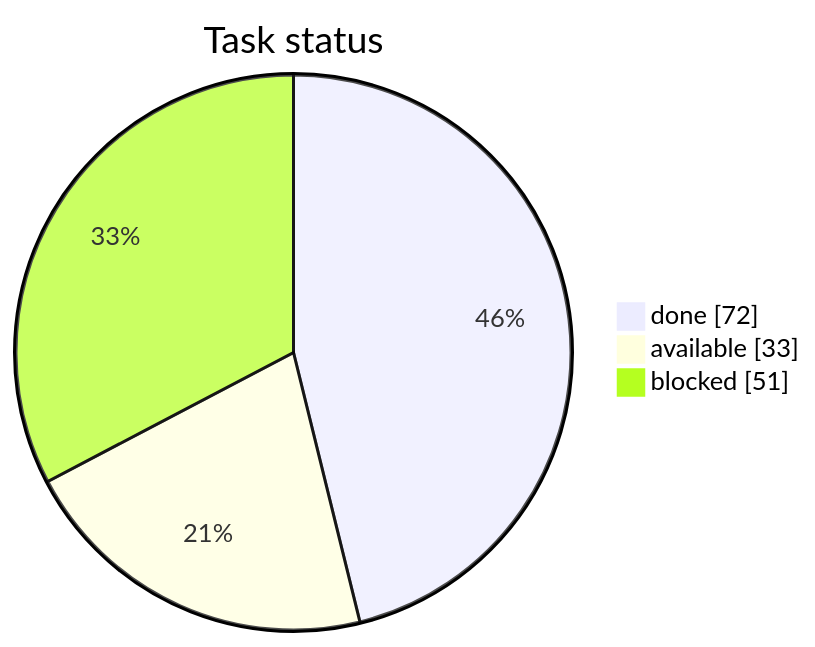
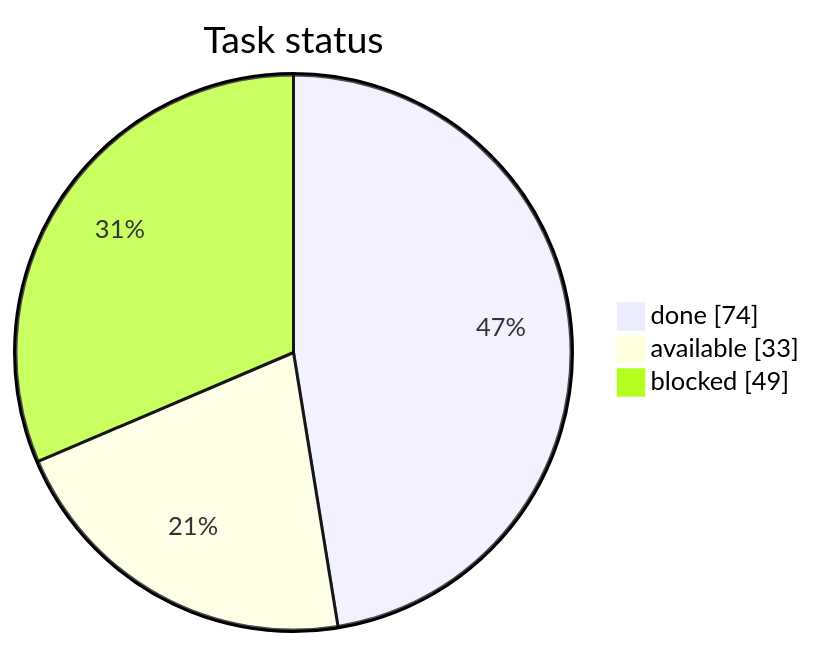
One commit to artemiiShabanov/RallyRivals changed the first of 3 diagrams in STATUS.md. Above: the diagram before and after it, drawn with Mermaid. The commit also changed other lines of this file and 7 other files, not shown here.

````diff
--- a/STATUS.md
+++ b/STATUS.md
@@ -7,7 +7,7 @@
 ```mermaid
 pie showData
     title Task status
-    "done" : 72
+    "done" : 74
     "available" : 33
-    "blocked" : 51
+    "blocked" : 49
 ```
````
